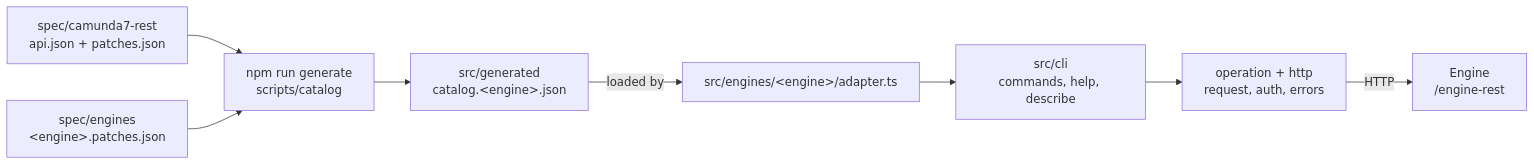
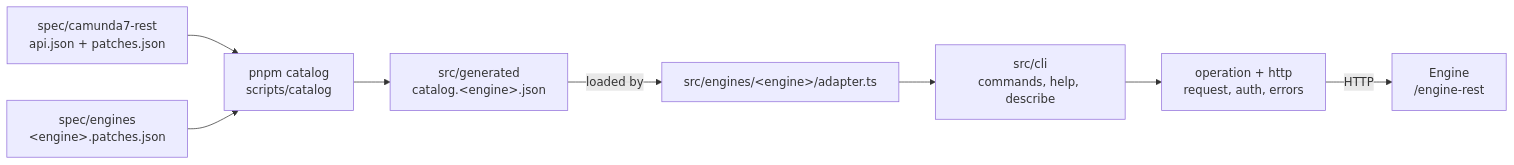
The second of 4 diagrams in docs/cli/architecture.md (Miragon/pulse), drawn with Mermaid before and after one commit. The commit also changed other lines of this file and 20 other files, not shown here.

````diff
--- a/docs/cli/architecture.md
+++ b/docs/cli/architecture.md
@@ -50,10 +50,10 @@
 ```mermaid
 flowchart LR
-  spec["spec/camunda7-rest<br/>api.json + patches.json"] --> gen["npm run generate<br/>scripts/catalog"]
+  spec["spec/camunda7-rest<br/>api.json + patches.json"] --> gen["pnpm catalog<br/>scripts/catalog"]
   patches["spec/engines<br/>&lt;engine&gt;.patches.json"] --> gen
   gen --> catalog["src/generated<br/>catalog.&lt;engine&gt;.json"]
   catalog -- loaded by --> adapter["src/engines/&lt;engine&gt;/adapter.ts"]
   adapter --> cli["src/cli<br/>commands, help, describe"]
   cli --> http["operation + http<br/>request, auth, errors"]
   http -- HTTP --> engine["Engine<br/>/engine-rest"]
 ```
````
